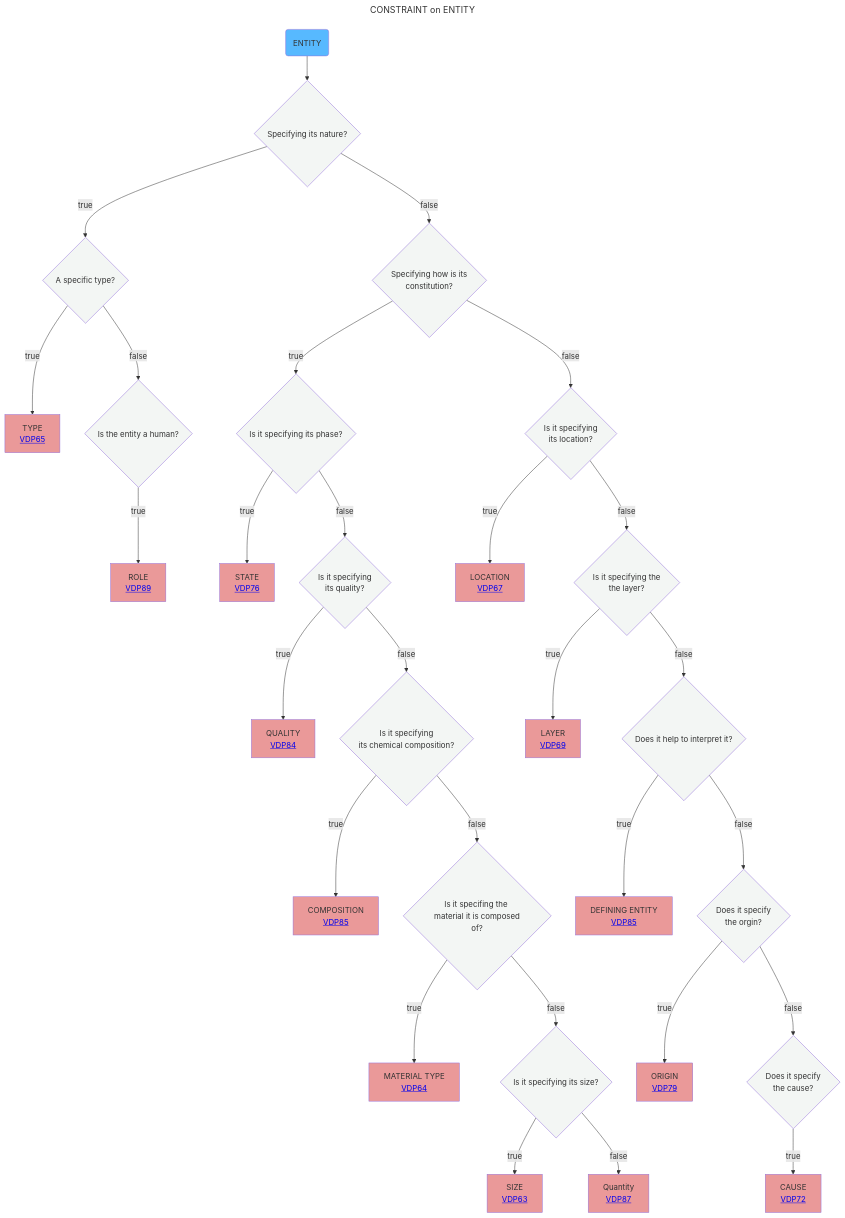
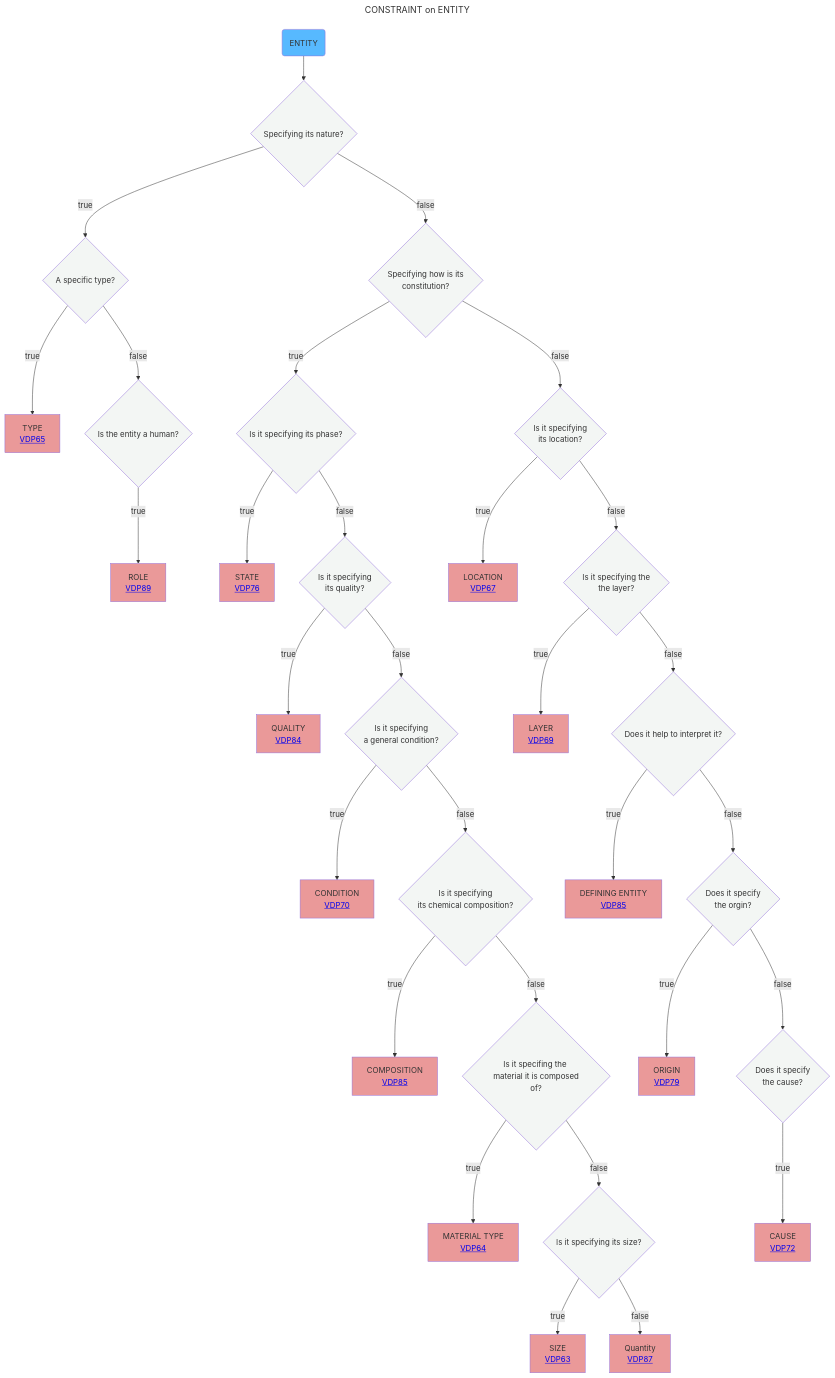
Before and after one commit to mabablue/I-ADOPT-patterns-playground: the diagram in Decisition_trees/DT8.mmd, drawn with Mermaid.

```diff
--- a/Decisition_trees/DT8.mmd
+++ b/Decisition_trees/DT8.mmd
@@ -1,36 +1,38 @@
 ---
 title: CONSTRAINT on ENTITY
 ---
 flowchart TD
     A(ENTITY):::satblue  --> AB{Specifying its nature?}:::white
     AB --> |true|B{A specific type?}:::white
     AB --> |false|E{Specifying how is its <br> constitution?}:::white
     B --> |true|C[TYPE <br> <a href='https://github.com/mabablue/I-ADOPT-patterns-playground/blob/main/pattern/VDP65.yaml'>VDP65</a>]:::rose
     B --> |false|D{Is the entity a human?}:::white
     D --> |true|F[ROLE <br> <a href='https://github.com/mabablue/I-ADOPT-patterns-playground/blob/main/pattern/VDP89.yaml'>VDP89</a>]:::rose
     E --> |true|G{Is it specifying its phase?}:::white
     E --> |false|R{Is it specifying <br> its location?}:::white
     G --> |true|H[STATE <br> <a href='https://github.com/mabablue/I-ADOPT-patterns-playground/blob/main/pattern/VDP76.yaml'>VDP76</a>]:::rose
     G --> |false|I{Is it specifying <br> its quality?}:::white
     I --> |true|K[QUALITY <br> <a href='https://github.com/mabablue/I-ADOPT-patterns-playground/blob/main/pattern/VDP84.yaml'>VDP84</a>]:::rose
-    I --> |false|L{Is it specifying <br> its chemical composition?}:::white
-    L --> |true|M[COMPOSITION <br> <a href='https://github.com/mabablue/I-ADOPT-patterns-playground/blob/main/pattern/VDP85.yaml'>VDP85</a>]:::rose
-    L --> |false|N{Is it specifing the <br> material it is composed of?}:::white
+    I --> |false|L{Is it specifying <br> a general condition?}:::white
+    L --> |true|LA[CONDITION <br> <a href='https://github.com/mabablue/I-ADOPT-patterns-playground/blob/main/pattern/VDP70.yaml'>VDP70</a>]:::rose
+    L --> |false|LM{Is it specifying <br> its chemical composition?}:::white
+    LM --> |true|M[COMPOSITION <br> <a href='https://github.com/mabablue/I-ADOPT-patterns-playground/blob/main/pattern/VDP85.yaml'>VDP85</a>]:::rose
+    LM --> |false|N{Is it specifing the <br> material it is composed of?}:::white
     N --> |true|O[MATERIAL TYPE <br> <a href='https://github.com/mabablue/I-ADOPT-patterns-playground/blob/main/pattern/VDP64.yaml'>VDP64</a>]:::rose
     N --> |false|P{Is it specifying its size?}:::white
     P --> |true|Q[SIZE <br> <a href='https://github.com/mabablue/I-ADOPT-patterns-playground/blob/main/pattern/VDP63.yaml'>VDP63</a>]:::rose
     P --> |false|QR[Quantity <br> <a href='https://github.com/mabablue/I-ADOPT-patterns-playground/blob/main/pattern/VDP87.yaml'>VDP87</a>]:::rose 
     R --> |true|S[LOCATION <br> <a href='https://github.com/mabablue/I-ADOPT-patterns-playground/blob/main/pattern/VDP67.yaml'>VDP67</a>]:::rose 
     R --> |false|T{Is it specifying the <br> the layer?}:::white
     T --> |true|U[LAYER <br> <a href='https://github.com/mabablue/I-ADOPT-patterns-playground/blob/main/pattern/VDP69.yaml'>VDP69</a>]:::rose
     T --> |false|V{Does it help to interpret it?}:::white
     V --> |true|W[DEFINING ENTITY <br> <a href='https://github.com/mabablue/I-ADOPT-patterns-playground/blob/main/pattern/VDP85.yaml'>VDP85</a>]:::rose
     V --> |false|VW{Does it specify <br> the orgin?}:::white
     VW --> |true|WV[ORIGIN <br> <a href='https://github.com/mabablue/I-ADOPT-patterns-playground/blob/main/pattern/VDP79.yaml'>VDP79</a>]:::rose
     VW --> |false|X{Does it specify <br> the cause?}:::white
     X --> |true|Y[CAUSE <br> <a href='https://github.com/mabablue/I-ADOPT-patterns-playground/blob/main/pattern/VDP72.yaml'>VDP72</a>]:::rose
    classDef blue fill:#90D5FF
    classDef satblue fill:#57B9FF 
    classDef white fill:#f3f6f4
    classDef green fill:#6aa84f
    classDef rose fill:#ea9999
```
